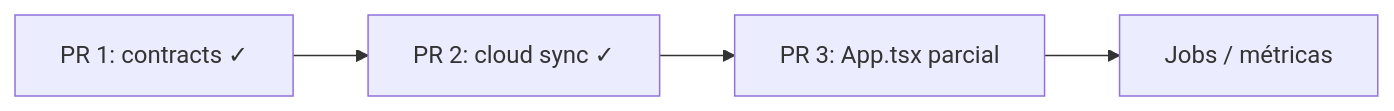
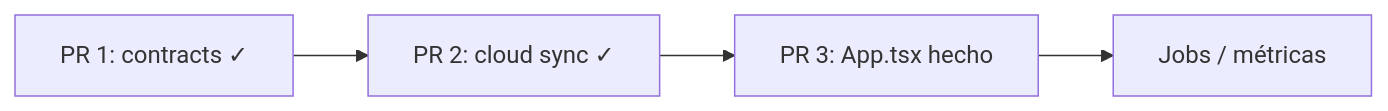
One commit to moiseslodeiro/chordifree changed the diagram in docs/engineering/14-plan-refactor.md. Above: the diagram before and after it, drawn with Mermaid. The commit also changed other lines of this file, not shown here.

Commit message:
docs: record the completed App split

````diff
--- a/docs/engineering/14-plan-refactor.md
+++ b/docs/engineering/14-plan-refactor.md
@@ -160,6 +160,6 @@
 ```mermaid
 flowchart LR
     A[PR 1: contracts ✓] --> B[PR 2: cloud sync ✓]
-    B --> C[PR 3: App.tsx parcial]
+    B --> C[PR 3: App.tsx hecho]
     C --> D[Jobs / métricas]
 ```
````
